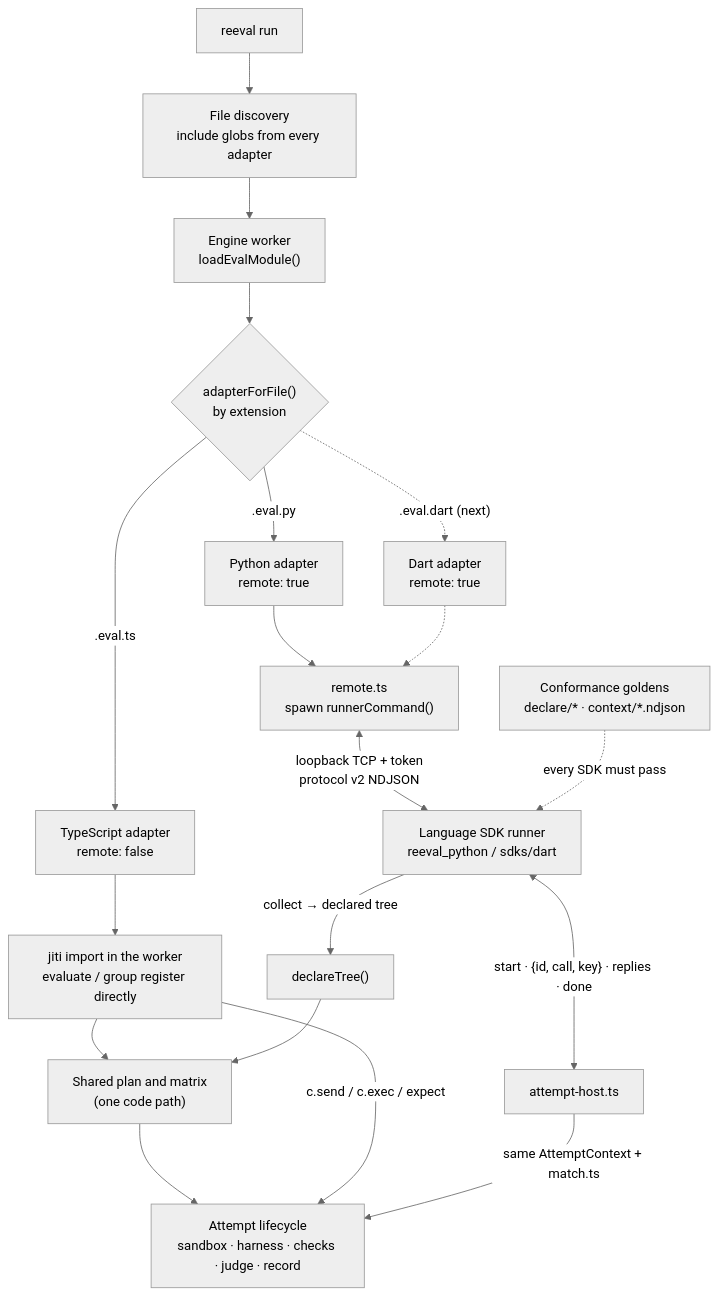
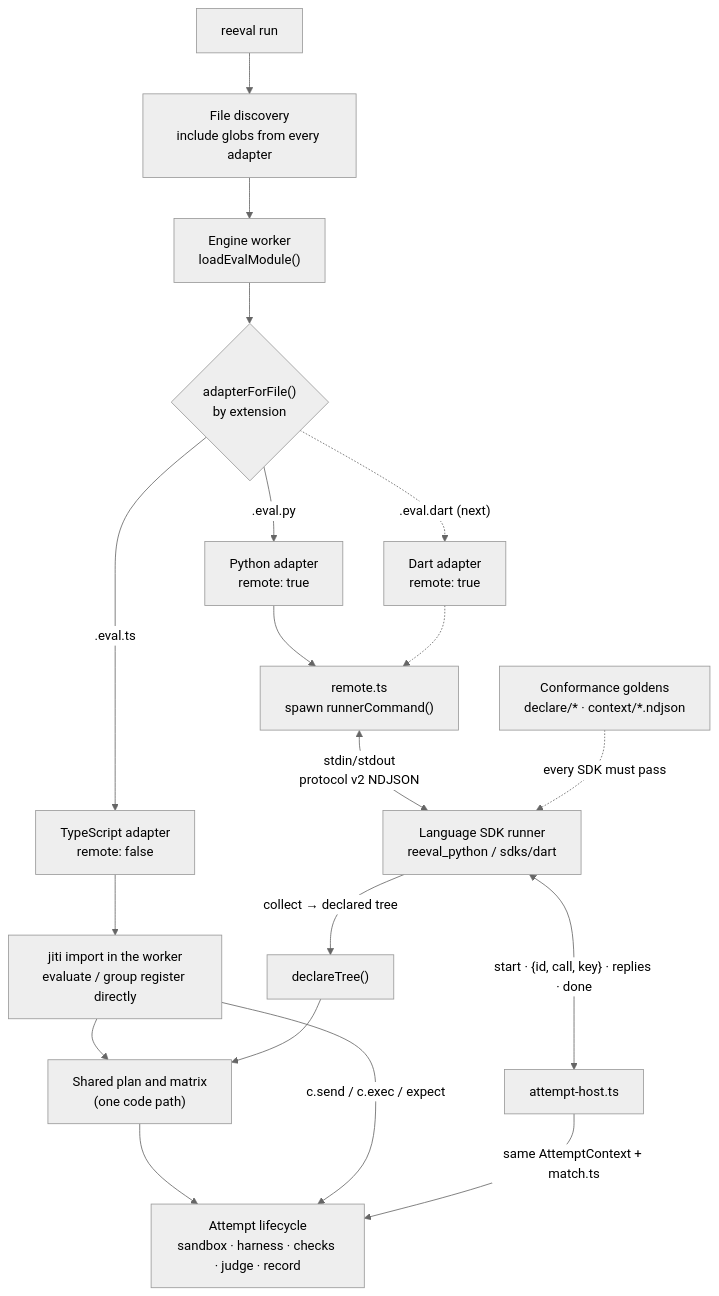
Before and after one commit to invertase/reeval: the diagram in .agents/skills/add-a-language/SKILL.md, drawn with Mermaid (neutral theme). The commit also changed other lines of this file and 14 other files, not shown here.

Commit message:
refactor(language-runner): talk to language runners over stdio (#509)

````diff
--- a/.agents/skills/add-a-language/SKILL.md
+++ b/.agents/skills/add-a-language/SKILL.md
@@ -34,25 +34,25 @@
 ```mermaid
 flowchart TD
   CLI["reeval run"] --> Disc["File discovery<br/>include globs from every adapter"]
   Disc --> Worker["Engine worker<br/>loadEvalModule()"]
   Worker --> Pick{"adapterForFile()<br/>by extension"}
 
   Pick -->|".eval.ts"| TS["TypeScript adapter<br/>remote: false"]
   TS --> Jiti["jiti import in the worker<br/>evaluate / group register directly"]
 
   Pick -->|".eval.py"| Py["Python adapter<br/>remote: true"]
   Pick -.->|".eval.dart (next)"| Dart["Dart adapter<br/>remote: true"]
   Py --> Remote["remote.ts<br/>spawn runnerCommand()"]
   Dart -.-> Remote
-  Remote <-->|"loopback TCP + token<br/>protocol v2 NDJSON"| SDK["Language SDK runner<br/>reeval_python / sdks/dart"]
+  Remote <-->|"stdin/stdout<br/>protocol v2 NDJSON"| SDK["Language SDK runner<br/>reeval_python / sdks/dart"]
   SDK -->|"collect → declared tree"| Declare["declareTree()"]
   SDK <-->|"start · {id, call, key} · replies · done"| Host["attempt-host.ts"]
 
   Jiti --> Plan["Shared plan and matrix<br/>(one code path)"]
   Declare --> Plan
   Plan --> Attempt["Attempt lifecycle<br/>sandbox · harness · checks · judge · record"]
   Jiti -->|"c.send / c.exec / expect"| Attempt
   Host -->|"same AttemptContext + match.ts"| Attempt
 
   Conf["Conformance goldens<br/>declare/* · context/*.ndjson"] -. "every SDK must pass" .-> SDK
 ```
````
